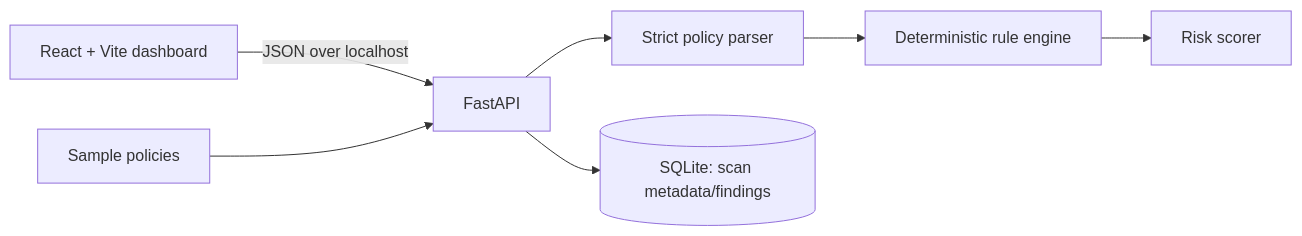
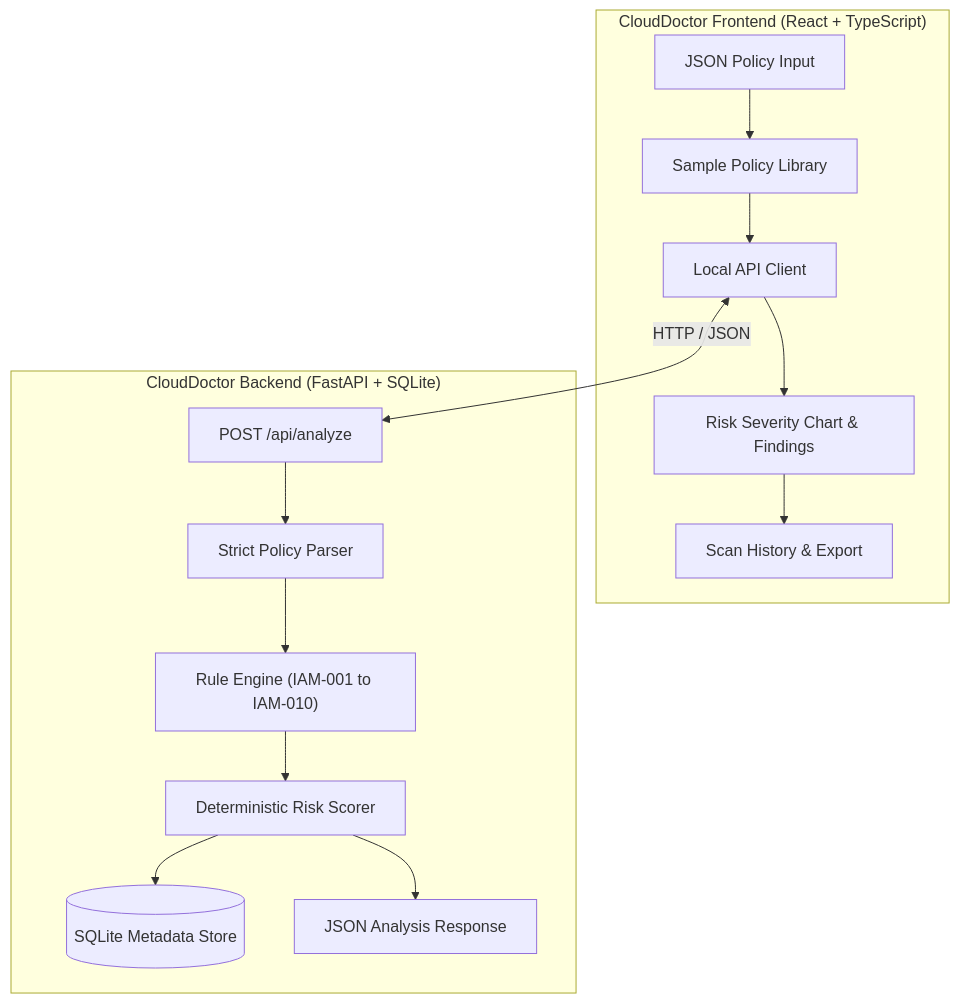
One commit to shashankedu02/CloudDoctor changed the diagram in README.md. Above: the diagram before and after it, drawn with Mermaid. The commit also changed other lines of this file, not shown here.

First line of the commit message:
docs: harmonize project branding to CloudDoctor

````diff
--- a/README.md
+++ b/README.md
@@ -23,9 +38,19 @@
 ```mermaid
-flowchart LR
-  UI[React + Vite dashboard] -->|JSON over localhost| API[FastAPI]
-  API --> Parser[Strict policy parser]
-  Parser --> Rules[Deterministic rule engine]
-  Rules --> Score[Risk scorer]
-  API --> DB[(SQLite: scan metadata/findings)]
-  Samples[Sample policies] --> API
+flowchart TD
+    subgraph UI ["CloudDoctor Frontend (React + TypeScript)"]
+        A[JSON Policy Input] --> B[Sample Policy Library]
+        B --> C[Local API Client]
+        C --> D[Risk Severity Chart & Findings]
+        D --> E[Scan History & Export]
+    end
+
+    subgraph Server ["CloudDoctor Backend (FastAPI + SQLite)"]
+        F["POST /api/analyze"] --> G[Strict Policy Parser]
+        G --> H["Rule Engine (IAM-001 to IAM-010)"]
+        H --> I[Deterministic Risk Scorer]
+        I --> J[(SQLite Metadata Store)]
+        I --> K[JSON Analysis Response]
+    end
+
+    C <-->|HTTP / JSON| F
 ```
````
